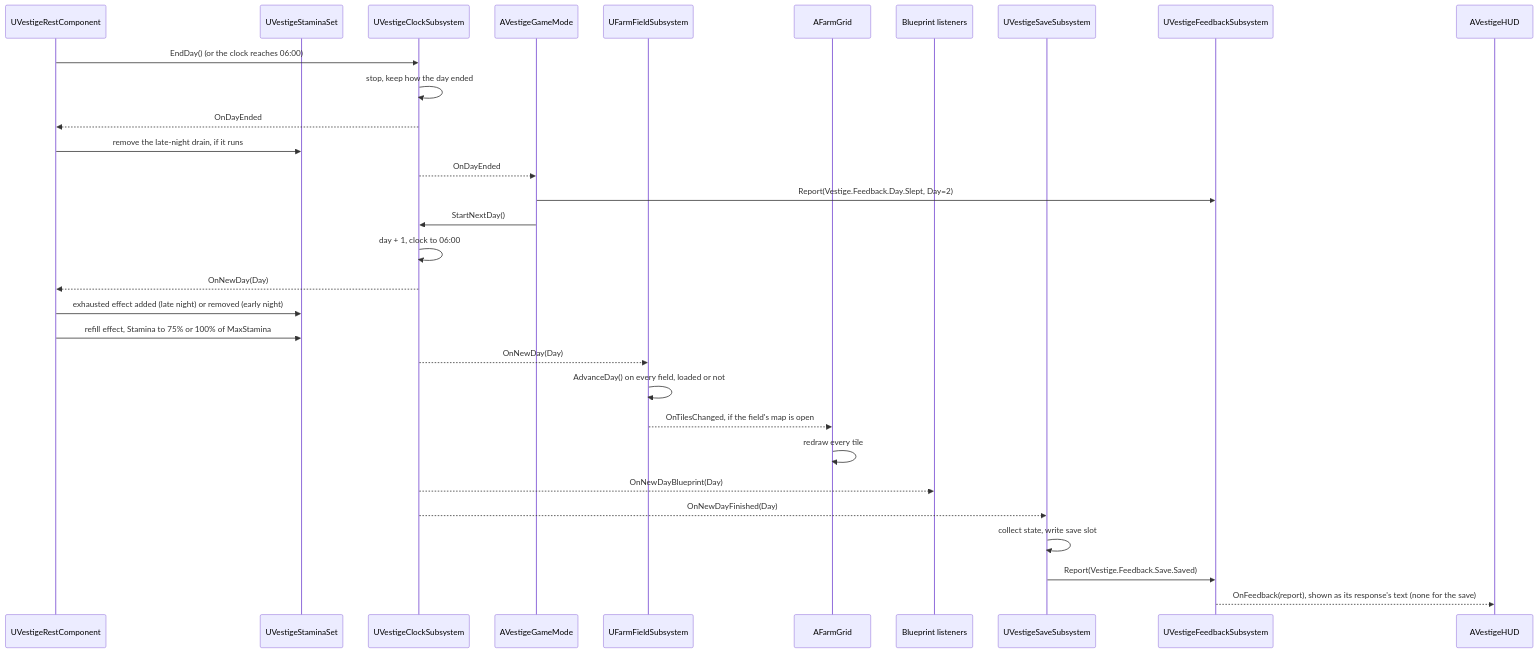
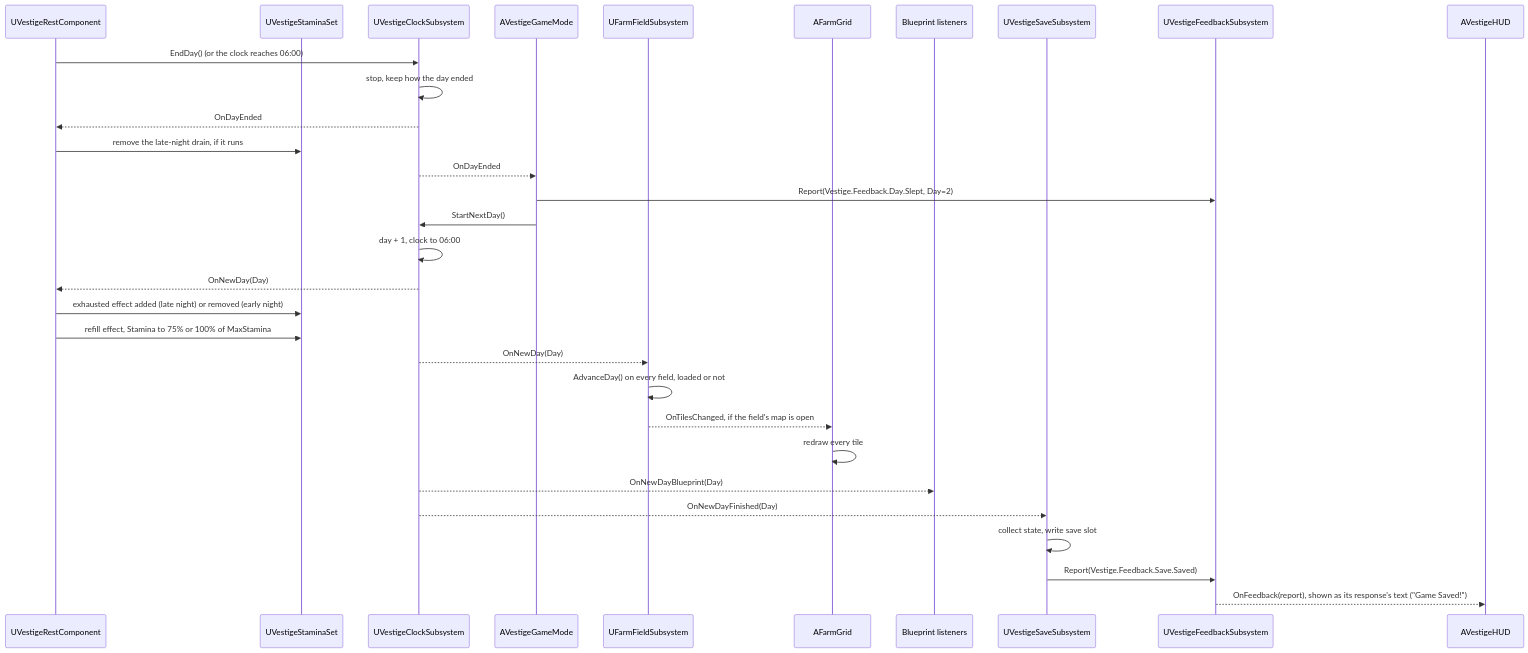
Before and after one commit to DunderGG/ProjectVestige: the second of 2 diagrams in Docs/Architecture.md, drawn with Mermaid. The commit also changed other lines of this file and 7 other files, not shown here.

First line of the commit message:
Playtest: feedback reports pass, and the save says "Game Saved!"

````diff
--- a/Docs/Architecture.md
+++ b/Docs/Architecture.md
@@ -533,33 +533,33 @@
 ```mermaid
 sequenceDiagram
     participant Rest as UVestigeRestComponent
     participant Stamina as UVestigeStaminaSet
     participant Clock as UVestigeClockSubsystem
     participant GameMode as AVestigeGameMode
     participant Fields as UFarmFieldSubsystem
     participant Grid as AFarmGrid
     participant Blueprints as Blueprint listeners
     participant Save as UVestigeSaveSubsystem
     participant Feedback as UVestigeFeedbackSubsystem
     participant HUD as AVestigeHUD
     Rest->>Clock: EndDay() (or the clock reaches 06:00)
     Clock->>Clock: stop, keep how the day ended
     Clock-->>Rest: OnDayEnded
     Rest->>Stamina: remove the late-night drain, if it runs
     Clock-->>GameMode: OnDayEnded
     GameMode->>Feedback: Report(Vestige.Feedback.Day.Slept, Day=2)
     GameMode->>Clock: StartNextDay()
     Clock->>Clock: day + 1, clock to 06:00
     Clock-->>Rest: OnNewDay(Day)
     Rest->>Stamina: exhausted effect added (late night) or removed (early night)
     Rest->>Stamina: refill effect, Stamina to 75% or 100% of MaxStamina
     Clock-->>Fields: OnNewDay(Day)
     Fields->>Fields: AdvanceDay() on every field, loaded or not
     Fields-->>Grid: OnTilesChanged, if the field's map is open
     Grid->>Grid: redraw every tile
     Clock-->>Blueprints: OnNewDayBlueprint(Day)
     Clock-->>Save: OnNewDayFinished(Day)
     Save->>Save: collect state, write save slot
     Save->>Feedback: Report(Vestige.Feedback.Save.Saved)
-    Feedback-->>HUD: OnFeedback(report), shown as its response's text (none for the save)
+    Feedback-->>HUD: OnFeedback(report), shown as its response's text ("Game Saved!")
 ```
````
